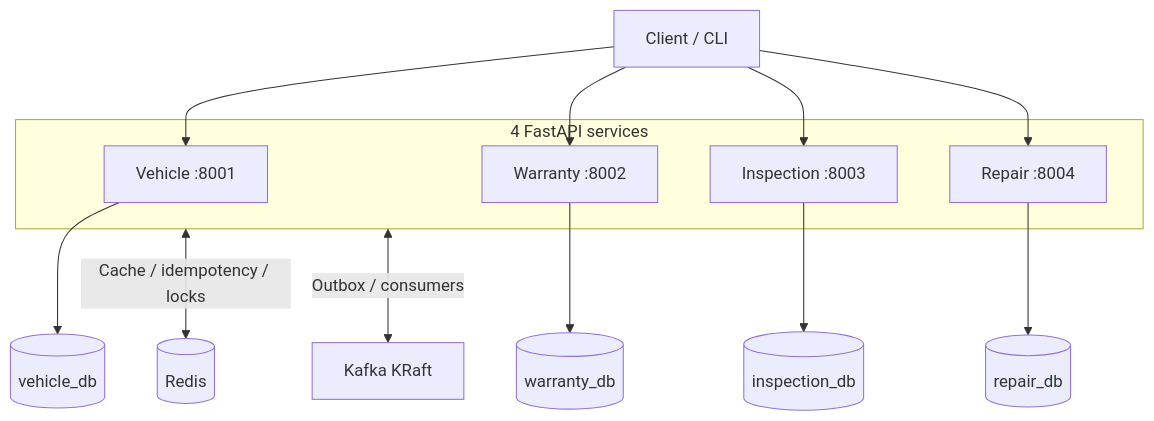
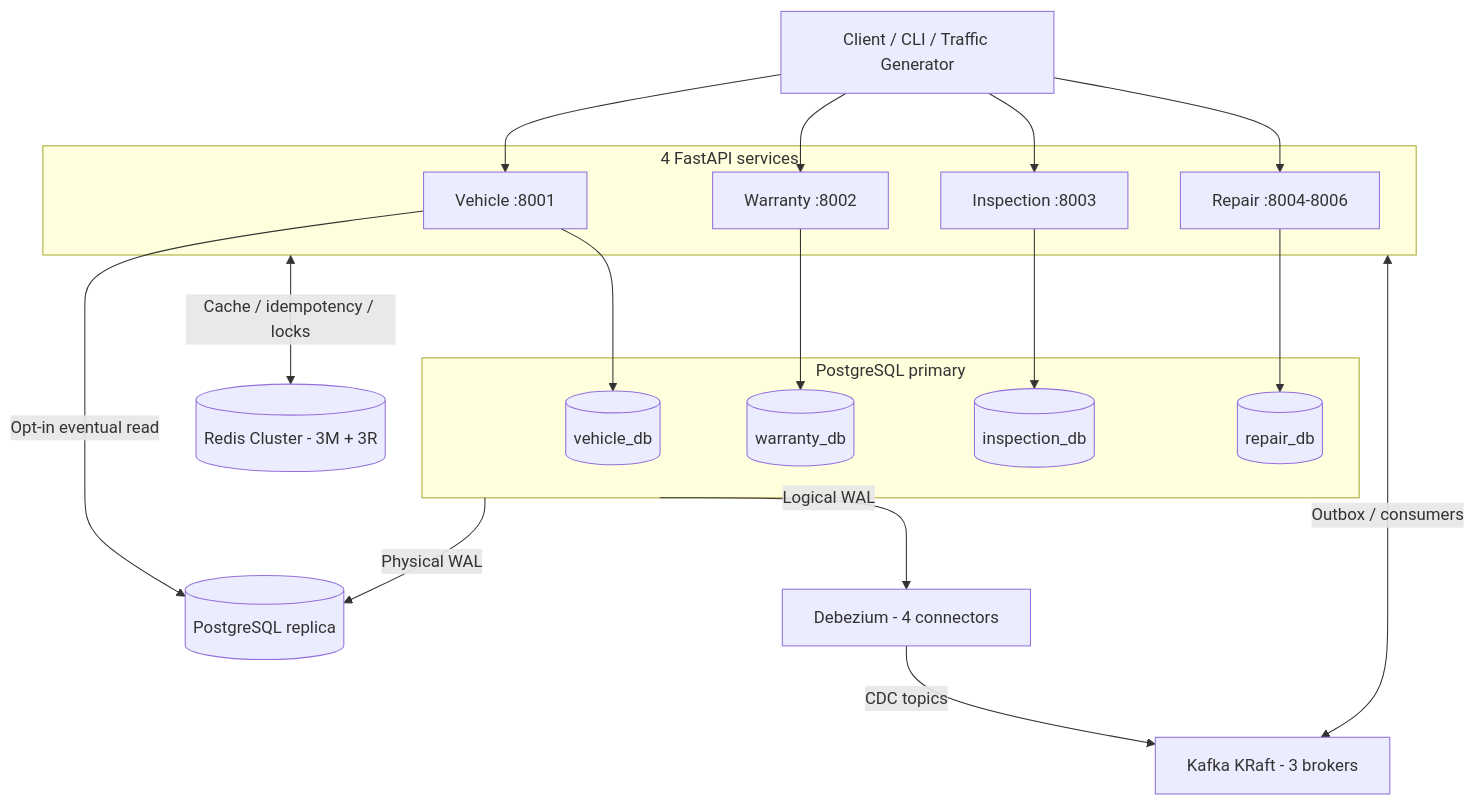
The second of 5 diagrams in lab/docs/SYSTEM_DESIGN.md (Huy-8bit/interview), drawn with Mermaid before and after one commit. The commit also changed other lines of this file and 143 other files, not shown here.

First line of the commit message:
feat(tests): enhance vehicle service tests and add traffic generator

````diff
--- a/lab/docs/SYSTEM_DESIGN.md
+++ b/lab/docs/SYSTEM_DESIGN.md
@@ -64,21 +64,31 @@
 ```mermaid
 flowchart TB
     %% diagram: system-containers
-    client["Client / CLI"]
+    client["Client / CLI / Traffic Generator"]
     subgraph apps["4 FastAPI services"]
         vehicle["Vehicle :8001"]
         warranty["Warranty :8002"]
         inspection["Inspection :8003"]
-        repair["Repair :8004"]
+        repair["Repair :8004-8006"]
     end
     client --> vehicle
     client --> warranty
     client --> inspection
     client --> repair
-    vehicle --> vehicleDb[("vehicle_db")]
-    warranty --> warrantyDb[("warranty_db")]
-    inspection --> inspectionDb[("inspection_db")]
-    repair --> repairDb[("repair_db")]
-    apps <-->|"Cache / idempotency / locks"| redis[("Redis")]
-    apps <-->|"Outbox / consumers"| kafka["Kafka KRaft"]
+    subgraph primary["PostgreSQL primary"]
+        vehicleDb[("vehicle_db")]
+        warrantyDb[("warranty_db")]
+        inspectionDb[("inspection_db")]
+        repairDb[("repair_db")]
+    end
+    vehicle --> vehicleDb
+    warranty --> warrantyDb
+    inspection --> inspectionDb
+    repair --> repairDb
+    primary -->|"Physical WAL"| replica[("PostgreSQL replica")]
+    vehicle -->|"Opt-in eventual read"| replica
+    primary -->|"Logical WAL"| debezium["Debezium - 4 connectors"]
+    debezium -->|"CDC topics"| kafka
+    apps <-->|"Cache / idempotency / locks"| redis[("Redis Cluster - 3M + 3R")]
+    apps <-->|"Outbox / consumers"| kafka["Kafka KRaft - 3 brokers"]
 ```
````
